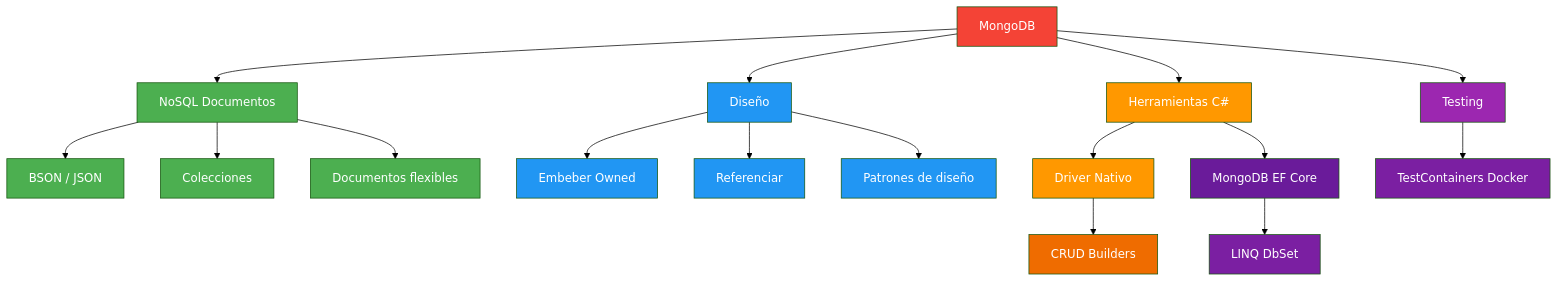
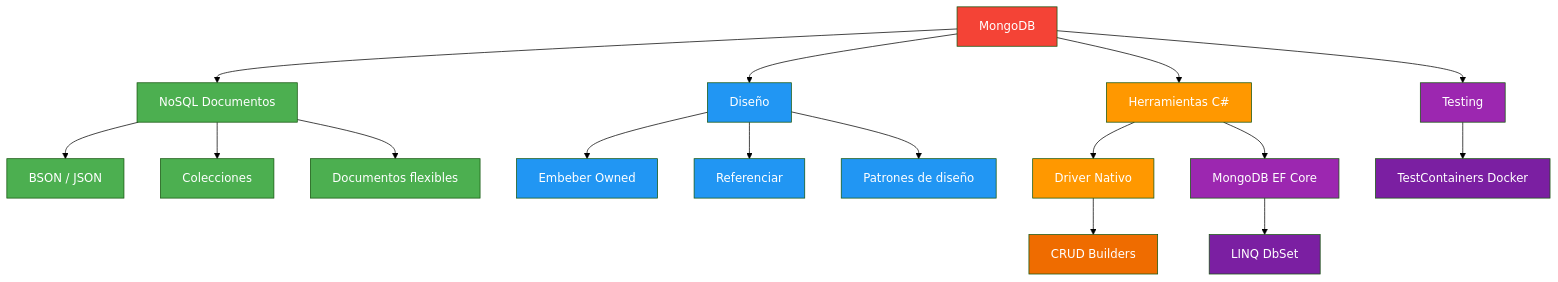
One commit to joseluisgs/DesarrolloWebEntornosServidor-02-2026-2027 changed the seventh of 7 diagrams in 13-mongodb.md. Above: the diagram before and after it, drawn with Mermaid (forest theme). The commit also changed other lines of this file and 17 other files, not shown here.

````diff
--- a/13-mongodb.md
+++ b/13-mongodb.md
@@ -1454,40 +1434,40 @@
 ```mermaid
 graph TD
     MONGO[MongoDB] --> NOSQL[NoSQL Documentos]
     MONGO --> DESIGN[Diseño]
     MONGO --> TOOLS[Herramientas C#]
     MONGO --> TEST[Testing]
 
     NOSQL --> BSON[BSON / JSON]
     NOSQL --> COL[Colecciones]
     NOSQL --> DOC[Documentos flexibles]
 
     DESIGN --> EMB[Embeber Owned]
     DESIGN --> REF[Referenciar]
     DESIGN --> PAT[Patrones de diseño]
 
     TOOLS --> DRIVER[Driver Nativo]
     TOOLS --> EF[MongoDB EF Core]
 
     DRIVER --> CRUD1[CRUD Builders]
     EF --> CRUD2[LINQ DbSet]
 
     TEST --> TC[TestContainers Docker]
 
     style MONGO fill:#f44336,color:#fff
     style NOSQL fill:#4CAF50,color:#fff
     style DESIGN fill:#2196F3,color:#fff
     style TOOLS fill:#FF9800,color:#fff
     style TEST fill:#9C27B0,color:#fff
     style BSON fill:#4CAF50,color:#fff
     style COL fill:#4CAF50,color:#fff
     style DOC fill:#4CAF50,color:#fff
     style EMB fill:#2196F3,color:#fff
     style REF fill:#2196F3,color:#fff
     style PAT fill:#2196F3,color:#fff
     style DRIVER fill:#FF9800,color:#fff
-    style EF fill:#6A1B9A,color:#fff
+    style EF fill:#9C27B0,color:#fff
     style CRUD1 fill:#EF6C00,color:#fff
     style CRUD2 fill:#7B1FA2,color:#fff
     style TC fill:#7B1FA2,color:#fff
 ```
````
